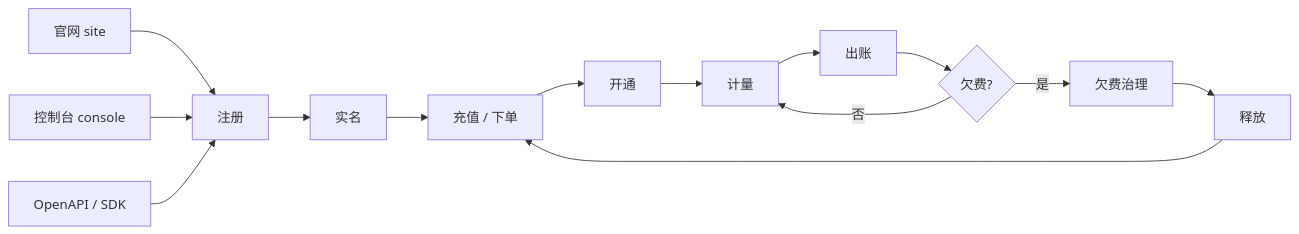
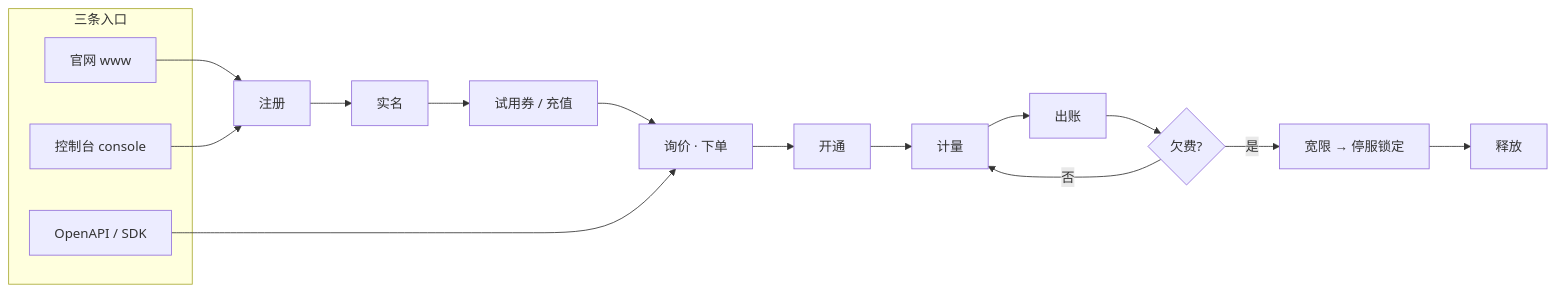
The diagram in README.md (qifalab/euler-platform), drawn with Mermaid before and after one commit. The commit also changed other lines of this file, not shown here.

````diff
--- a/README.md
+++ b/README.md
@@ -42,10 +78,15 @@
 ```mermaid
 flowchart LR
-  SITE["官网 site"] --> REG
-  CONSOLE["控制台 console"] --> REG
-  OPENAPI["OpenAPI / SDK"] --> REG
-
-  REG["注册"] --> REAL["实名"] --> PAY["充值 / 下单"] --> PROV["开通"] --> METER["计量"] --> BILL["出账"] --> DUN{"欠费?"}
-  DUN -- 否 --> METER
-  DUN -- 是 --> COLLECT["欠费治理"] --> RELEASE["释放"] --> PAY
+  subgraph ENTRY["三条入口"]
+    SITE["官网 www"]
+    CONSOLE["控制台 console"]
+    OPENAPI["OpenAPI / SDK"]
+  end
+  REG["注册"] --> REAL["实名"] --> PAY["试用券 / 充值"] --> ORDER["询价 · 下单"] --> PROV["开通"] --> METER["计量"] --> BILL["出账"]
+  BILL --> DUN{"欠费?"}
+  DUN -- "否" --> METER
+  DUN -- "是" --> COLLECT["宽限 → 停服锁定"] --> RELEASE["释放"]
+  SITE --> REG
+  CONSOLE --> REG
+  OPENAPI --> ORDER
 ```
````
